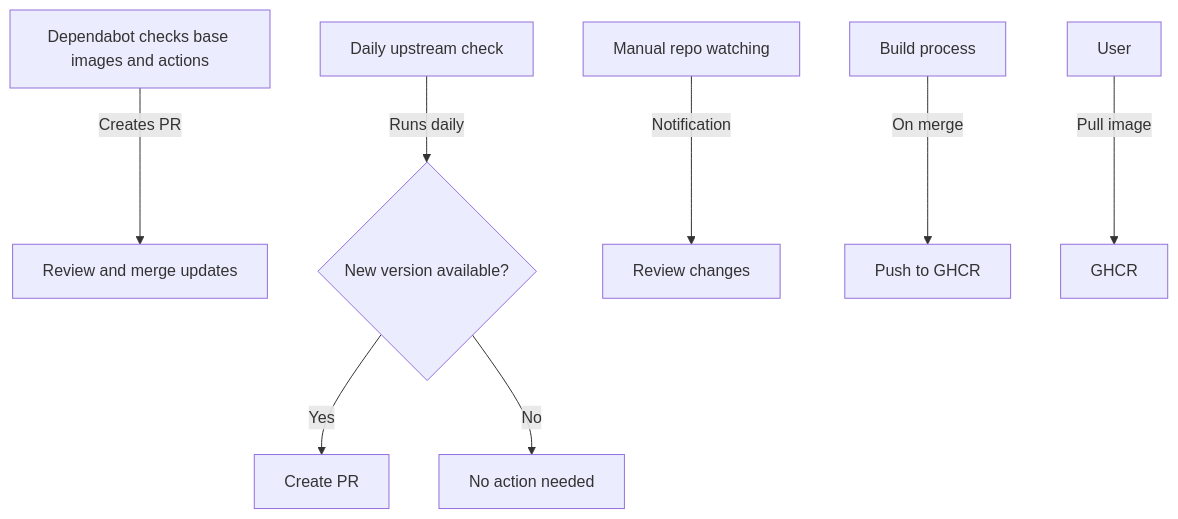
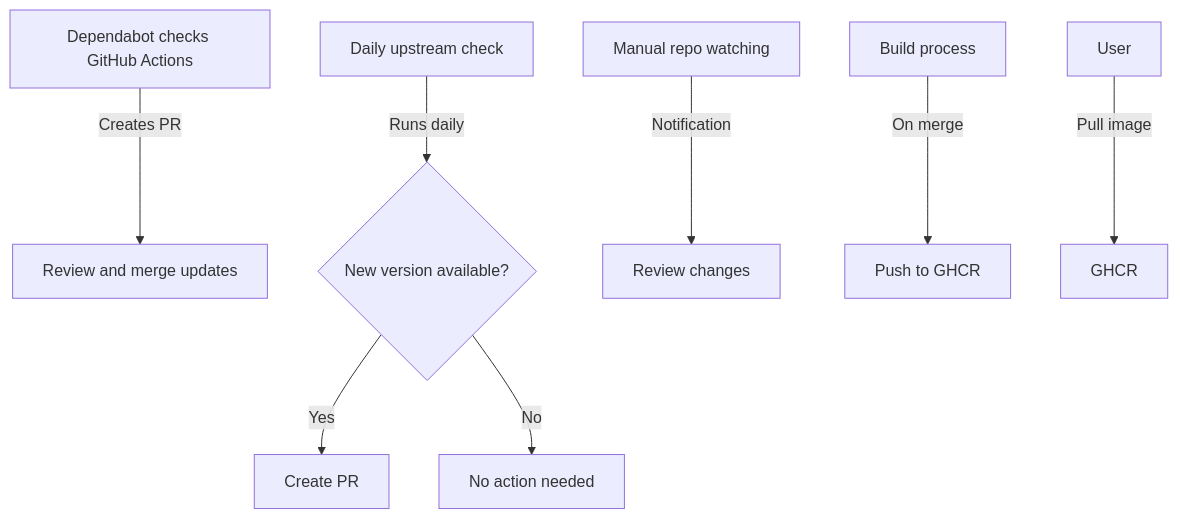
Before and after one commit to somehow22/packages: the diagram in README.md, drawn with Mermaid. The commit also changed other lines of this file and 8 other files, not shown here.

````diff
--- a/README.md
+++ b/README.md
@@ -15,10 +16,10 @@
 ```mermaid
 graph TD
-    A[Dependabot checks base images and actions] -->|Creates PR| B[Review and merge updates]
+    A[Dependabot checks GitHub Actions] -->|Creates PR| B[Review and merge updates]
     C[Daily upstream check] -->|Runs daily| D{New version available?}
     D -->|Yes| E[Create PR]
     D -->|No| F[No action needed]
     G[Manual repo watching] -->|Notification| H[Review changes]
     I[Build process] -->|On merge| J[Push to GHCR]
     K[User] -->|Pull image| L[GHCR]
 ```
````
